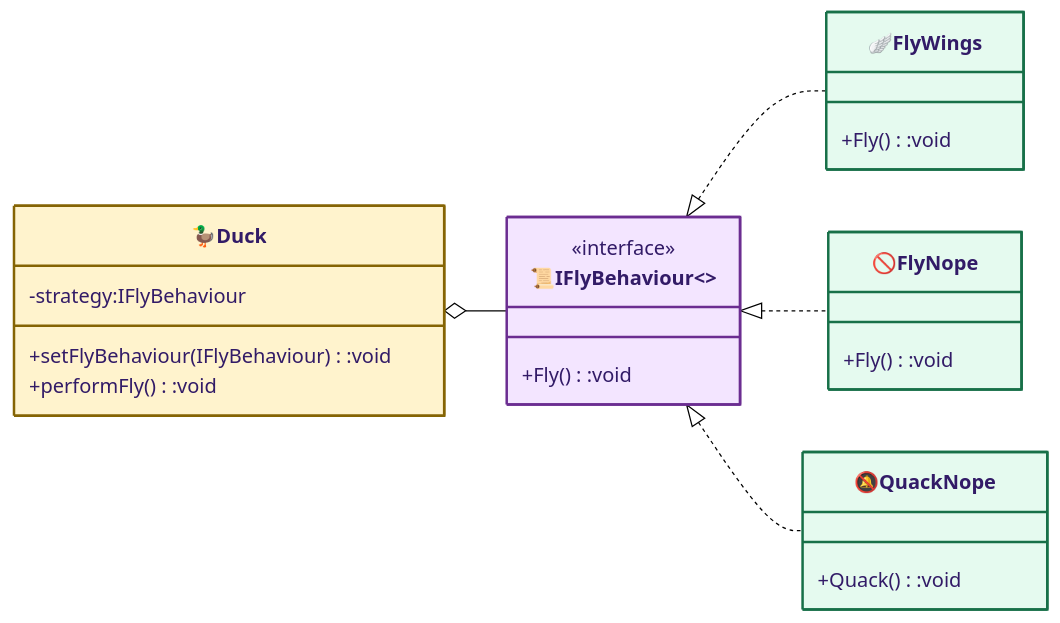
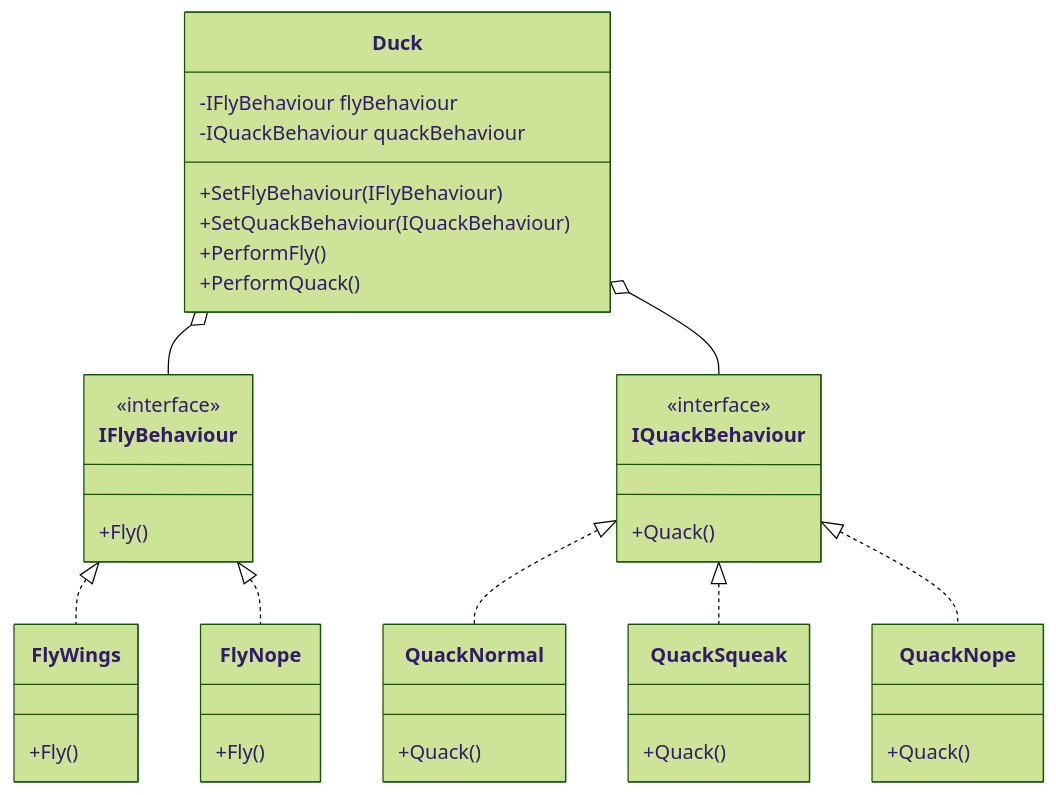
One commit to hollson/design_patterns changed the second of 2 diagrams in StrategyPattern/README.md. Above: the diagram before and after it, drawn with Mermaid (forest theme). The commit also changed other lines of this file and 19 other files, not shown here.

````diff
--- a/StrategyPattern/README.md
+++ b/StrategyPattern/README.md
@@ -20,27 +52,42 @@
 ```mermaid
-%%{init: {"classDiagram": {"useMarkdownLabels": true}} }%%
 classDiagram
-    direction LR
+    class Duck {
+        -IFlyBehaviour flyBehaviour
+        -IQuackBehaviour quackBehaviour
+        +SetFlyBehaviour(IFlyBehaviour)
+        +SetQuackBehaviour(IQuackBehaviour)
+        +PerformFly()
+        +PerformQuack()
+    }
+    class IFlyBehaviour {
+        <<interface>>
+        +Fly()
+    }
+    class IQuackBehaviour {
+        <<interface>>
+        +Quack()
+    }
+    class FlyWings {
+        +Fly()
+    }
+    class FlyNope {
+        +Fly()
+    }
+    class QuackNormal {
+        +Quack()
+    }
+    class QuackSqueak {
+        +Quack()
+    }
+    class QuackNope {
+        +Quack()
+    }
 
-    class Context["🦆Duck"]:::contextCls{
-        -strategy:IFlyBehaviour
-        +setFlyBehaviour(IFlyBehaviour):void
-        +performFly():void
-    }
-    class Strategy["📜IFlyBehaviour<<interface>>"]:::strategyCls{
-        <<interface>>
-        +Fly():void
-    }
-    class StrategyA["🪽FlyWings"]:::concreteCls{+Fly():void}
-    class StrategyB["🚫FlyNope"]:::concreteCls{+Fly():void}
-    class StrategyC["🔕QuackNope"]:::concreteCls{+Quack():void}
-
-    Context o-- Strategy
-    Strategy <|.. StrategyA
-    Strategy <|.. StrategyB
-    Strategy <|.. StrategyC
-
-    classDef contextCls fill:#fff3cd,stroke:#856404,stroke-width:2px
-    classDef strategyCls fill:#f3e5ff,stroke:#6b2d91,stroke-width:2px
-    classDef concreteCls fill:#e5faef,stroke:#177048,stroke-width:2px
+    Duck o-- IFlyBehaviour
+    Duck o-- IQuackBehaviour
+    IFlyBehaviour <|.. FlyWings
+    IFlyBehaviour <|.. FlyNope
+    IQuackBehaviour <|.. QuackNormal
+    IQuackBehaviour <|.. QuackSqueak
+    IQuackBehaviour <|.. QuackNope
 ```
````
